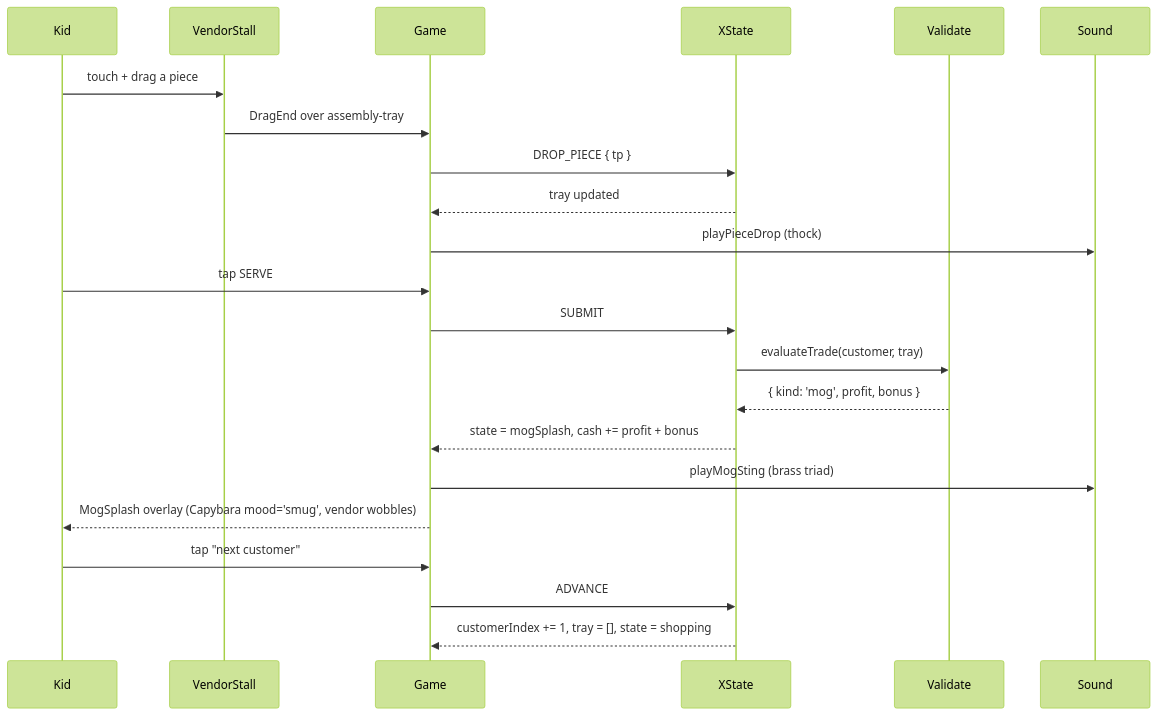
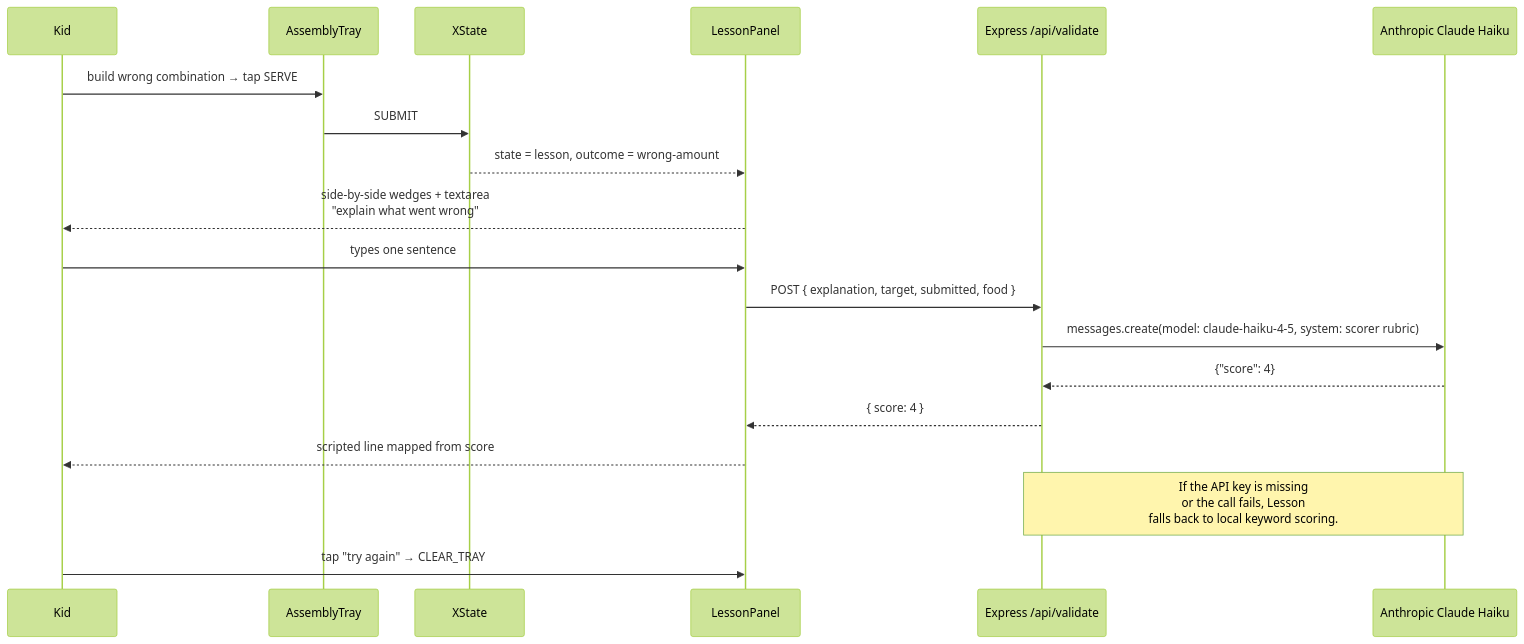
Before and after one commit to scott-lydon/clone-synthesis-tutor: the fourth of 4 diagrams in docs/ARCHITECTURE.md, drawn with Mermaid (forest theme). The commit also changed other lines of this file and 3 other files, not shown here.

First line of the commit message:
docs(arch): unified ARCHITECTURE.md + single-page website at /architecture

````diff
--- a/docs/ARCHITECTURE.md
+++ b/docs/ARCHITECTURE.md
@@ -65,27 +193,24 @@
 ```mermaid
 sequenceDiagram
   participant Kid
-  participant VendorStall
-  participant Game
+  participant Tray as AssemblyTray
   participant Machine as XState
-  participant Validate
-  participant Sound
+  participant Lesson as LessonPanel
+  participant Server as Express /api/validate
+  participant Haiku as Anthropic Claude Haiku
 
-  Kid->>VendorStall: touch + drag a piece
-  VendorStall->>Game: DragEnd over assembly-tray
-  Game->>Machine: DROP_PIECE { tp }
-  Machine-->>Game: tray updated
-  Game->>Sound: playPieceDrop (thock)
+  Kid->>Tray: build wrong combination → tap SERVE
+  Tray->>Machine: SUBMIT
+  Machine-->>Lesson: state = lesson, outcome = wrong-amount
+  Lesson-->>Kid: side-by-side wedges + textarea<br/>"explain what went wrong"
+  Kid->>Lesson: types one sentence
+  Lesson->>Server: POST { explanation, target, submitted, food }
+  Server->>Haiku: messages.create(model: claude-haiku-4-5, system: scorer rubric)
+  Haiku-->>Server: {"score": 4}
+  Server-->>Lesson: { score: 4 }
+  Lesson-->>Kid: scripted line mapped from score
 
-  Kid->>Game: tap SERVE
-  Game->>Machine: SUBMIT
-  Machine->>Validate: evaluateTrade(customer, tray)
-  Validate-->>Machine: { kind: 'mog', profit, bonus }
-  Machine-->>Game: state = mogSplash, cash += profit + bonus
-  Game->>Sound: playMogSting (brass triad)
-  Game-->>Kid: MogSplash overlay (Capybara mood='smug', vendor wobbles)
+  Note over Server,Haiku: If the API key is missing<br/>or the call fails, Lesson<br/>falls back to local keyword scoring.
 
-  Kid->>Game: tap "next customer"
-  Game->>Machine: ADVANCE
-  Machine-->>Game: customerIndex += 1, tray = [], state = shopping
+  Kid->>Lesson: tap "try again" → CLEAR_TRAY
 ```
````
